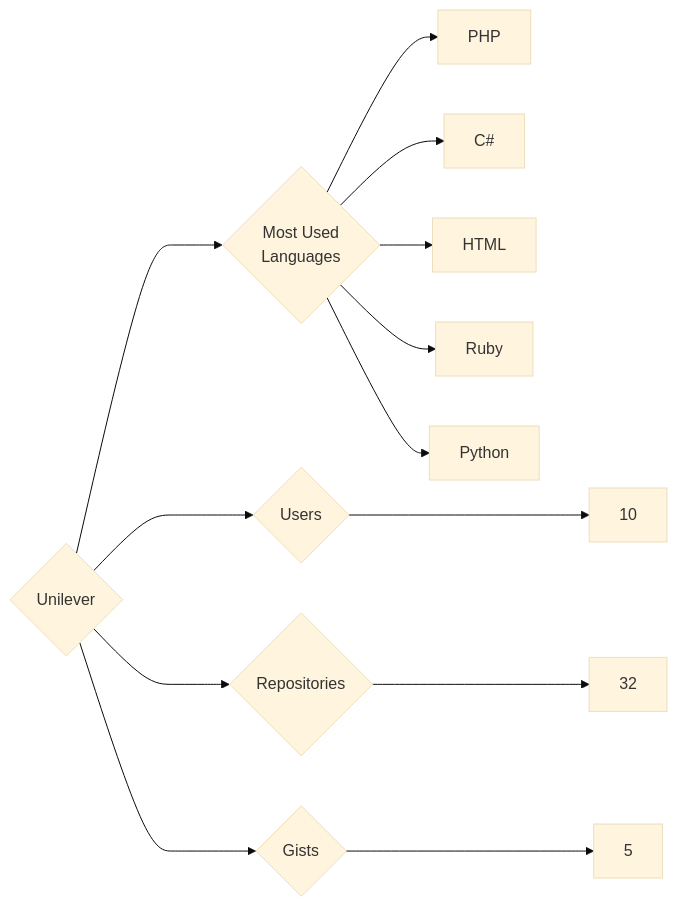
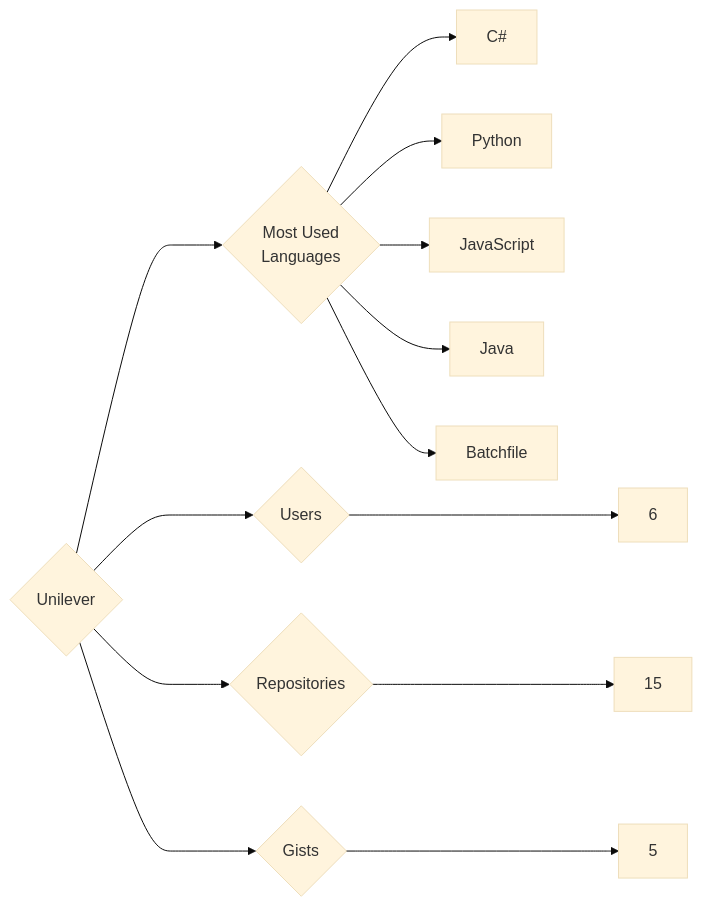
One commit to trickest/insiders changed the diagram in targets/Unilever/README.md. Above: the diagram before and after it, drawn with Mermaid (base theme). The commit also changed 1484 other files, not shown here.

````diff
--- a/targets/Unilever/README.md
+++ b/targets/Unilever/README.md
@@ -3,13 +3,13 @@
 ```mermaid
 graph LR
 COMPANY_NAME{Unilever}
-COMPANY_NAME ---> U{Users} ---> UN[10]
-COMPANY_NAME ---> R{Repositories} ---> RN[32]
+COMPANY_NAME ---> U{Users} ---> UN[6]
+COMPANY_NAME ---> R{Repositories} ---> RN[15]
 COMPANY_NAME ---> G{Gists} ---> GN[5]
 COMPANY_NAME ---> ML{Most Used<br>Languages}
-ML --> PHP[PHP]
 ML --> C#[C#]
-ML --> HTML[HTML]
-ML --> Ruby[Ruby]
 ML --> Python[Python]
+ML --> JavaScript[JavaScript]
+ML --> Java[Java]
+ML --> Batchfile[Batchfile]
 ```
````
